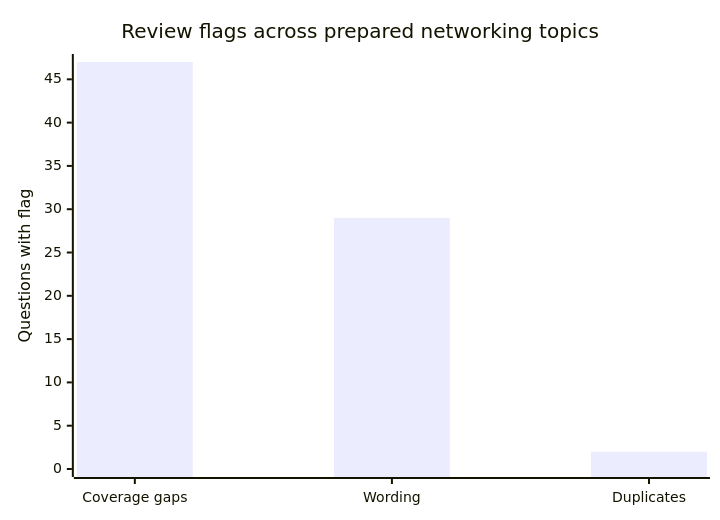
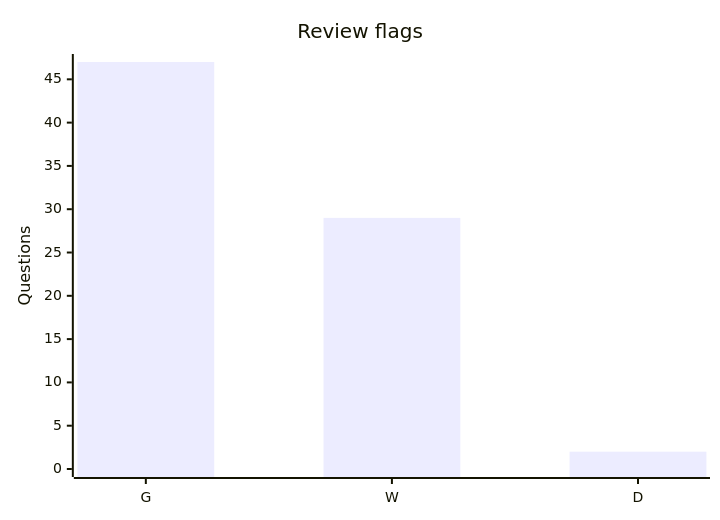
One commit to Zakoroo/computer_networks changed the fifth of 6 diagrams in PROGRESS.md. Above: the diagram before and after it, drawn with Mermaid. The commit also changed other lines of this file and 7 other files, not shown here.

First line of the commit message:
Add quiz filtering tool and improve chart readability

````diff
--- a/PROGRESS.md
+++ b/PROGRESS.md
@@ -71,7 +71,7 @@
 ```mermaid
 xychart-beta
-    title "Review flags across prepared networking topics"
-    x-axis ["Coverage gaps", "Wording", "Duplicates"]
-    y-axis "Questions with flag" 0 --> 47
+    title "Review flags"
+    x-axis ["G", "W", "D"]
+    y-axis "Questions" 0 --> 47
     bar [47, 29, 2]
 ```
````
